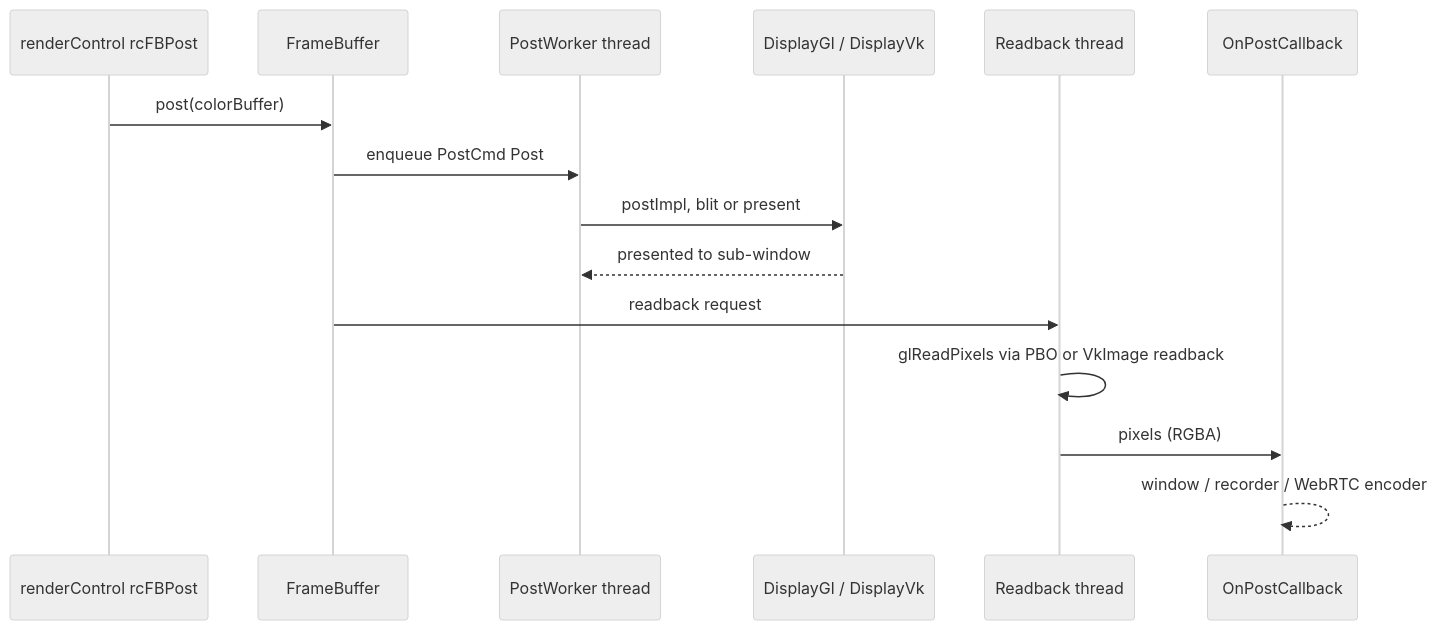
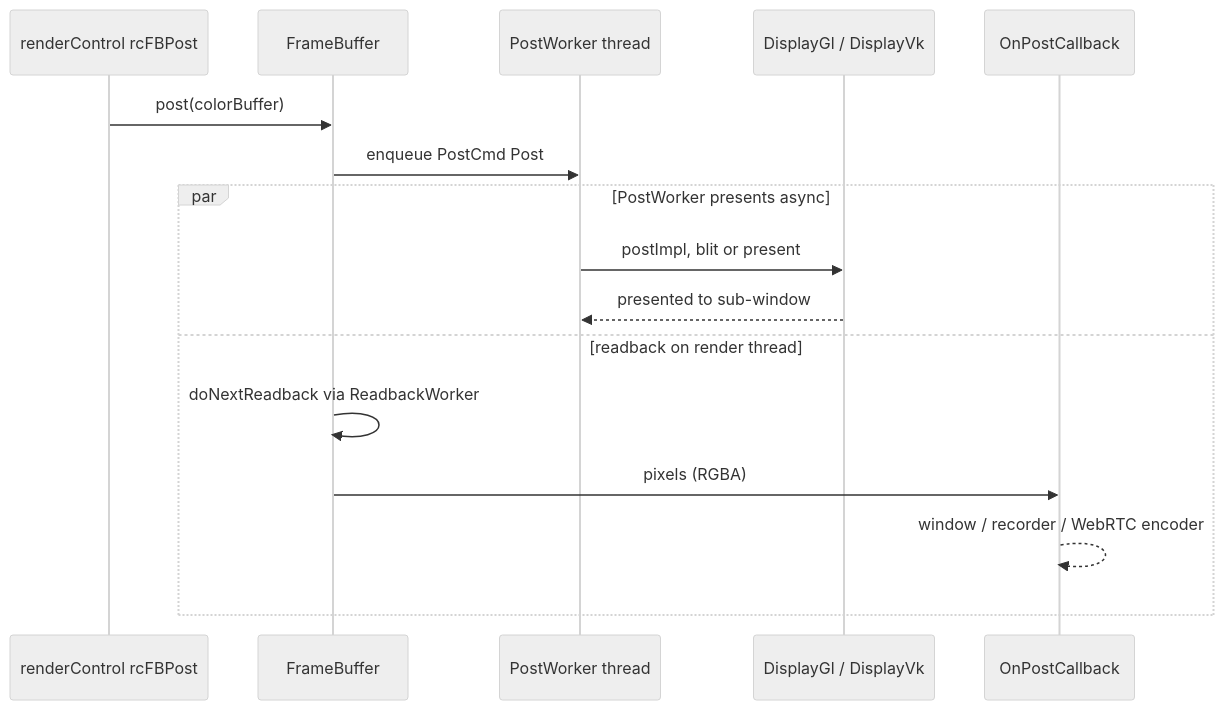
Before and after one commit to aospbooks/android-emulator-internal-book: the seventh of 7 diagrams in 13-host-rendering.md, drawn with Mermaid (neutral theme). The commit also changed other lines of this file and 31 other files, not shown here.

````diff
--- a/13-host-rendering.md
+++ b/13-host-rendering.md
@@ -524,17 +527,18 @@
 ```mermaid
 sequenceDiagram
   participant RC as renderControl rcFBPost
   participant FB as FrameBuffer
   participant PW as PostWorker thread
   participant DISP as DisplayGl / DisplayVk
-  participant RBT as Readback thread
   participant CB as OnPostCallback
   RC->>FB: post(colorBuffer)
   FB->>PW: enqueue PostCmd Post
-  PW->>DISP: postImpl, blit or present
-  DISP-->>PW: presented to sub-window
-  FB->>RBT: readback request
-  RBT->>RBT: glReadPixels via PBO or VkImage readback
-  RBT->>CB: pixels (RGBA)
-  CB-->>CB: window / recorder / WebRTC encoder
+  par PostWorker presents async
+    PW->>DISP: postImpl, blit or present
+    DISP-->>PW: presented to sub-window
+  and readback on render thread
+    FB->>FB: doNextReadback via ReadbackWorker
+    FB->>CB: pixels (RGBA)
+    CB-->>CB: window / recorder / WebRTC encoder
+  end
 ```
````
